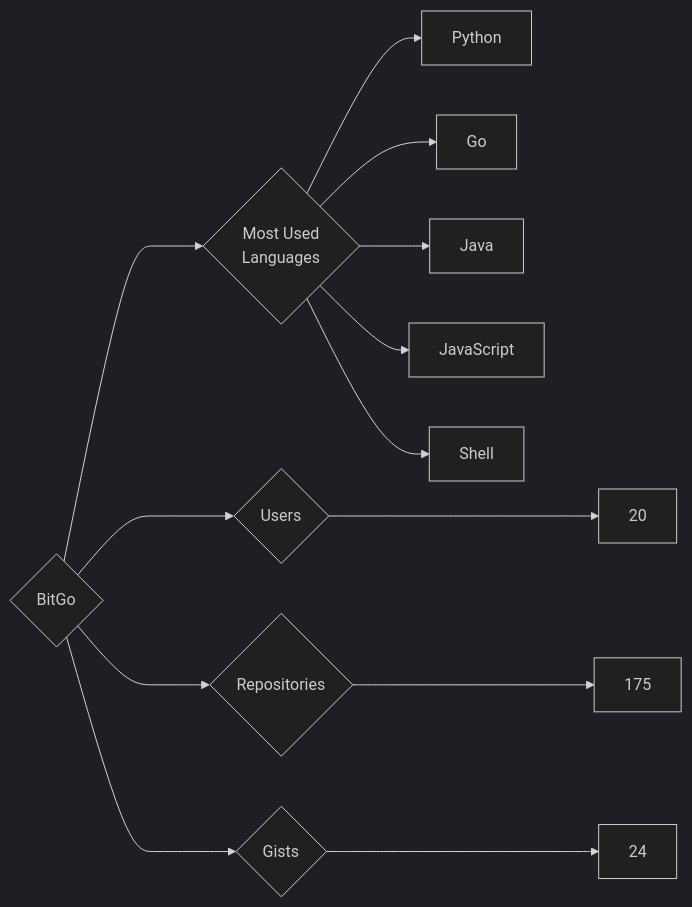
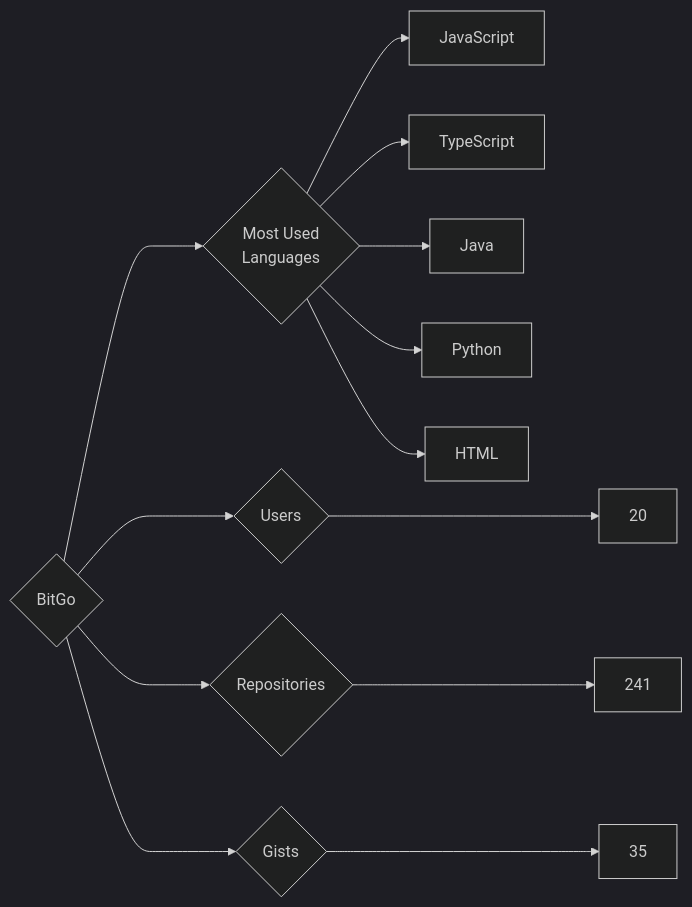
Before and after one commit to trickest/insiders: the diagram in targets/BitGo/README.md, drawn with Mermaid (dark theme). The commit also changed 639 other files, not shown here.

````diff
--- a/targets/BitGo/README.md
+++ b/targets/BitGo/README.md
@@ -3,13 +3,13 @@
 ```mermaid
 graph LR
 COMPANY_NAME{BitGo}
 COMPANY_NAME ---> U{Users} ---> UN[20]
-COMPANY_NAME ---> R{Repositories} ---> RN[175]
-COMPANY_NAME ---> G{Gists} ---> GN[24]
+COMPANY_NAME ---> R{Repositories} ---> RN[241]
+COMPANY_NAME ---> G{Gists} ---> GN[35]
 COMPANY_NAME ---> ML{Most Used<br>Languages}
+ML --> JavaScript[JavaScript]
+ML --> TypeScript[TypeScript]
+ML --> Java[Java]
 ML --> Python[Python]
-ML --> Go[Go]
-ML --> Java[Java]
-ML --> JavaScript[JavaScript]
-ML --> Shell[Shell]
+ML --> HTML[HTML]
 ```
````
